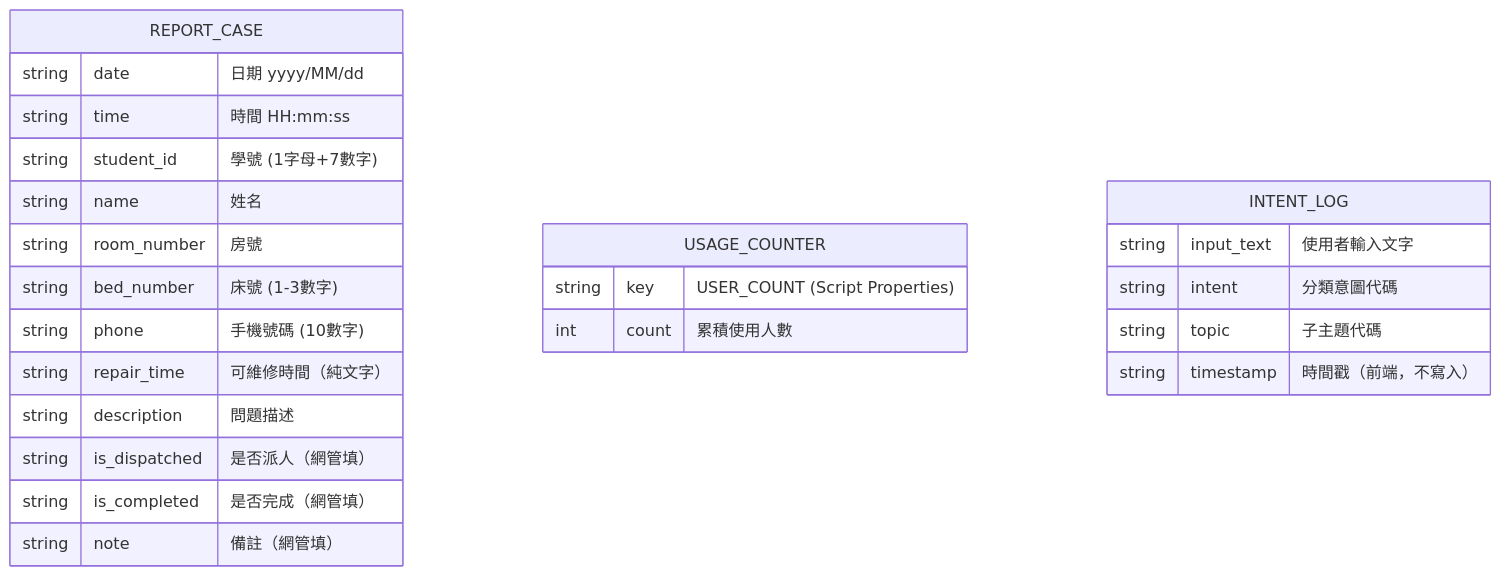
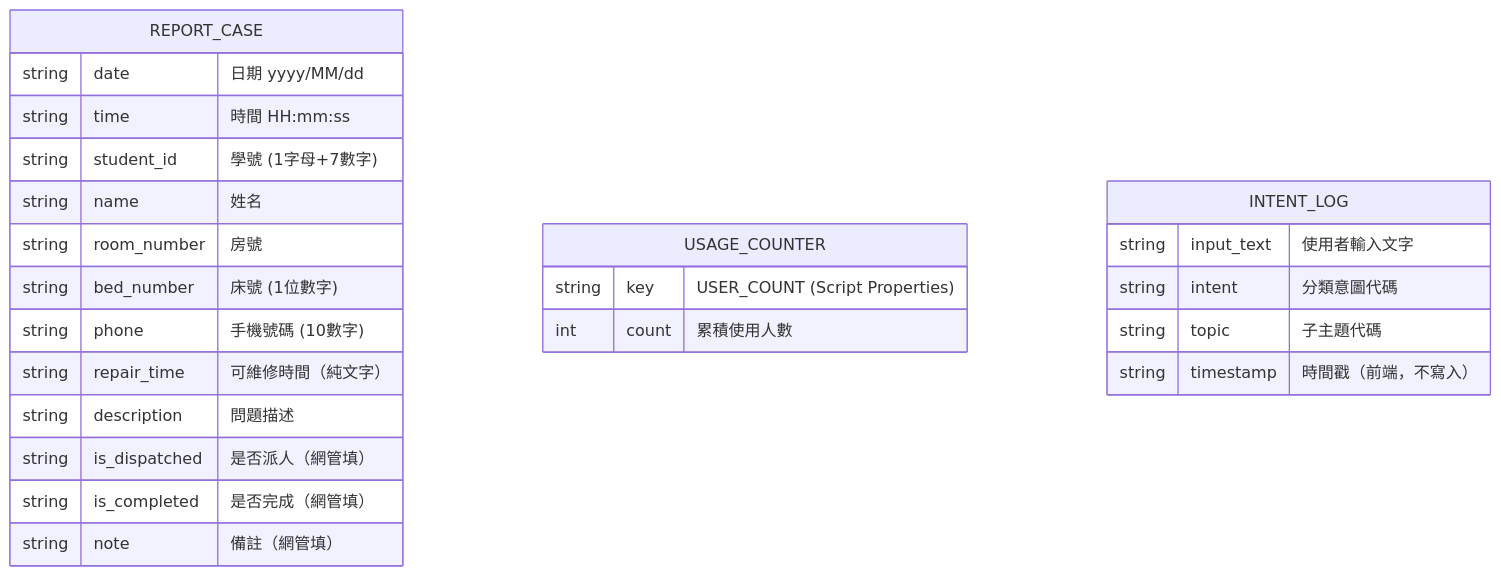
The diagram in doc/data-model.md (chinglin-k/FCU_NE_Chat_Bot), drawn with Mermaid before and after one commit. The commit also changed other lines of this file and 13 other files, not shown here.

````diff
--- a/doc/data-model.md
+++ b/doc/data-model.md
@@ -11,29 +11,29 @@
 ```mermaid
 erDiagram
     REPORT_CASE {
         string date          "日期 yyyy/MM/dd"
         string time          "時間 HH:mm:ss"
         string student_id    "學號 (1字母+7數字)"
         string name          "姓名"
         string room_number   "房號"
-        string bed_number    "床號 (1-3數字)"
+        string bed_number    "床號 (1位數字)"
         string phone         "手機號碼 (10數字)"
         string repair_time   "可維修時間（純文字）"
         string description   "問題描述"
         string is_dispatched "是否派人（網管填）"
         string is_completed  "是否完成（網管填）"
         string note          "備註（網管填）"
     }
 
     USAGE_COUNTER {
         string key   "USER_COUNT (Script Properties)"
         int    count "累積使用人數"
     }
 
     INTENT_LOG {
         string input_text "使用者輸入文字"
         string intent     "分類意圖代碼"
         string topic      "子主題代碼"
         string timestamp  "時間戳（前端，不寫入）"
     }
 ```
````
